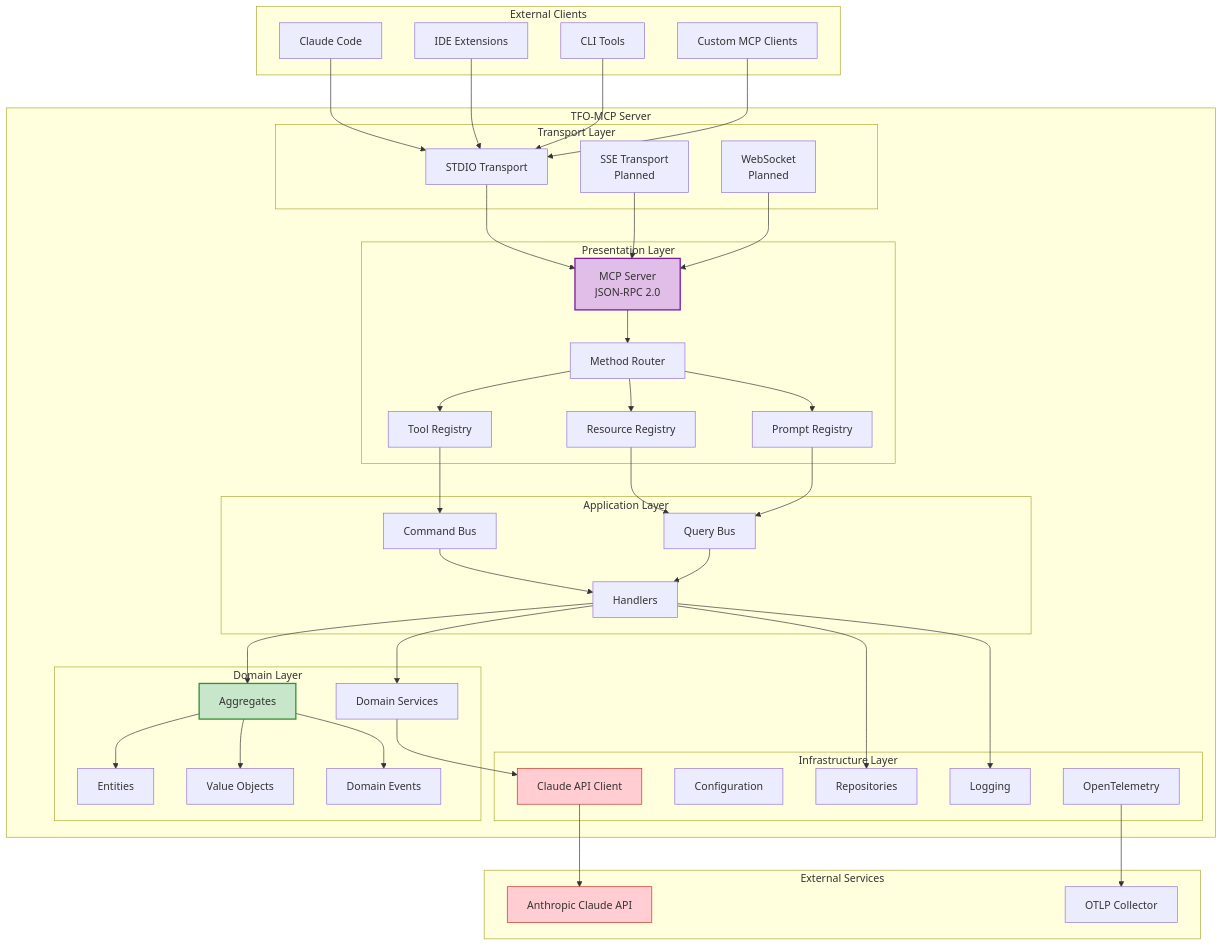
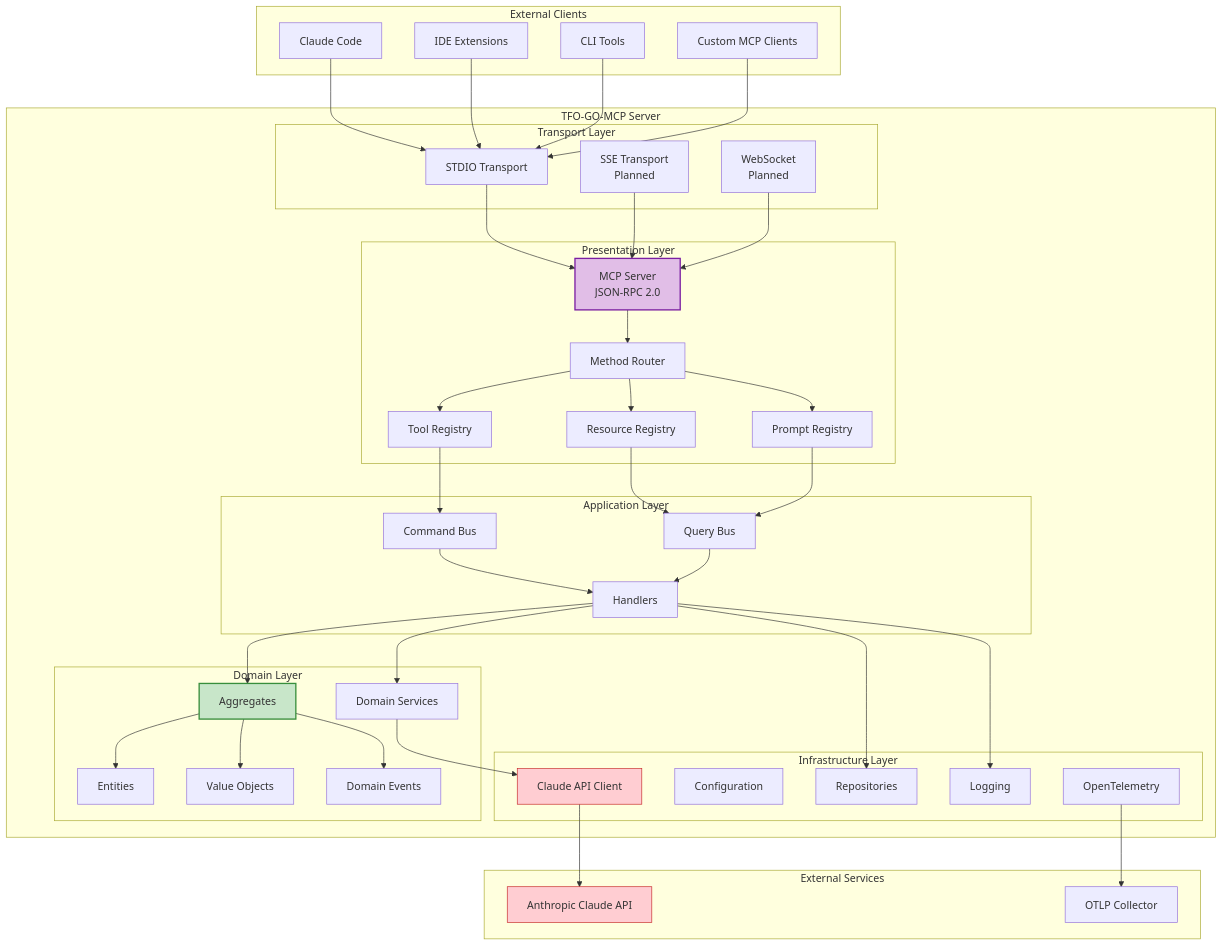
One commit to telemetryflow/telemetryflow-mcp changed the first of 30 diagrams in docs/ARCHITECTURE.md. Above: the diagram before and after it, drawn with Mermaid. The commit also changed other lines of this file and 81 other files, not shown here.

Commit message:
fix: Refactoring TFO-MCP to TFO-GO-MCP

```diff
--- a/docs/ARCHITECTURE.md
+++ b/docs/ARCHITECTURE.md
@@ -52,7 +52,7 @@
         CUSTOM[Custom MCP Clients]
     end
 
-    subgraph "TFO-MCP Server"
+    subgraph "TFO-GO-MCP Server"
         subgraph "Transport Layer"
             STDIO[STDIO Transport]
             SSE[SSE Transport<br/>Planned]
```
